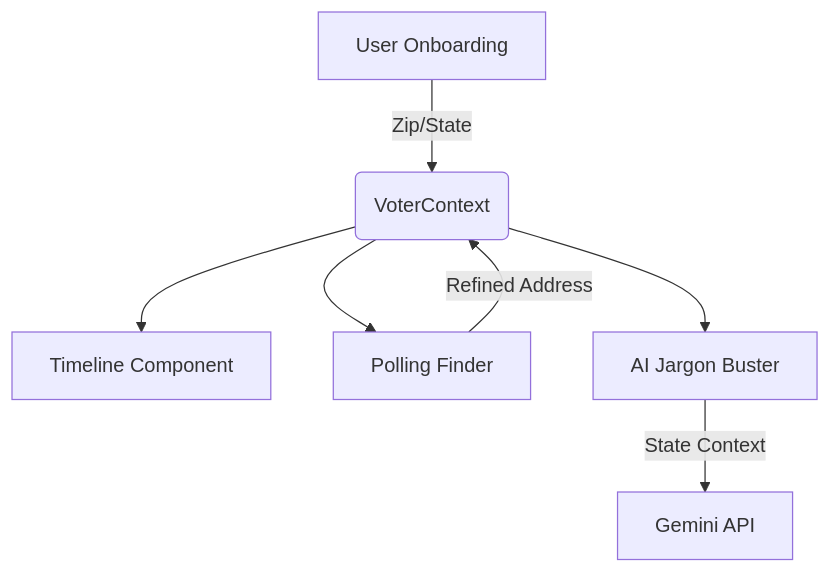
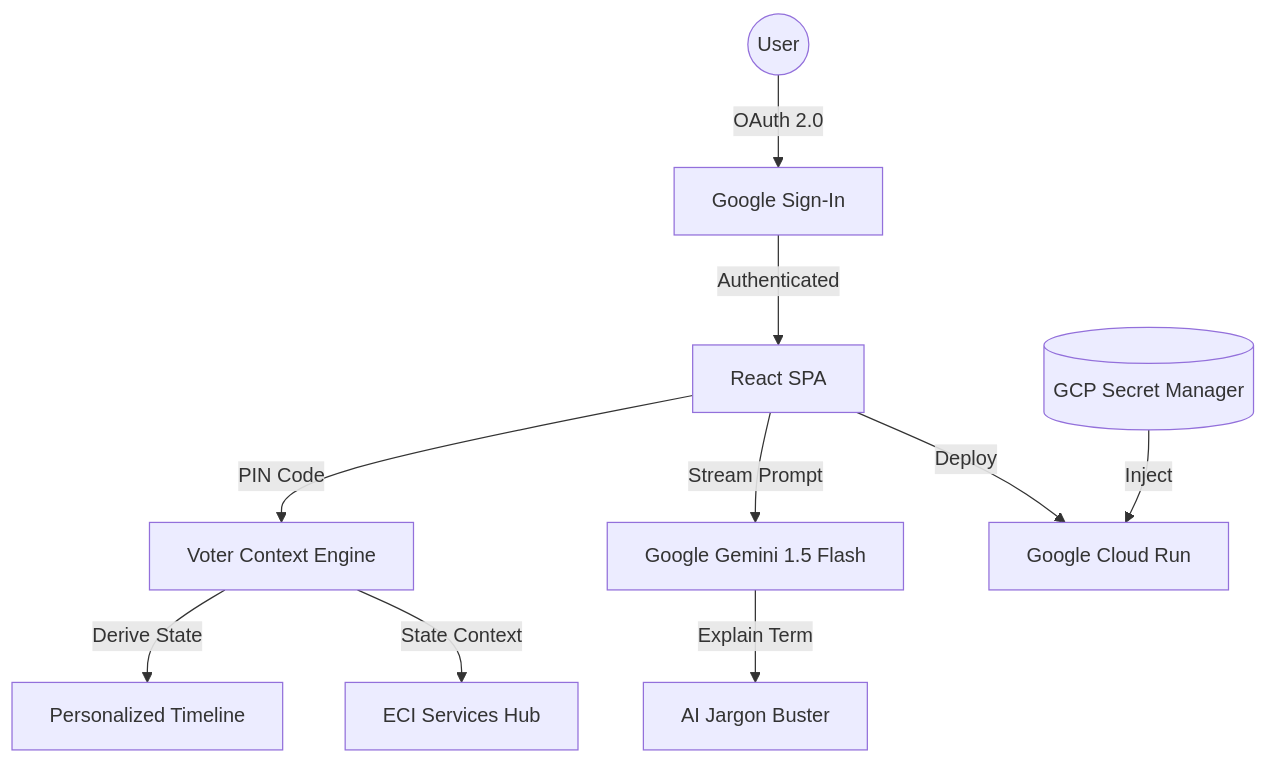
One commit to mramansayyad/Election-Process-Education changed the diagram in README.md. Above: the diagram before and after it, drawn with Mermaid. The commit also changed other lines of this file and 17 other files, not shown here.

````diff
--- a/README.md
+++ b/README.md
@@ -38,9 +26,12 @@
 ```mermaid
 graph TD
-    A[User Onboarding] -->|Zip/State| B(VoterContext)
-    B --> C[Timeline Component]
-    B --> D[Polling Finder]
-    B --> E[AI Jargon Buster]
-    D -->|Refined Address| B
-    E -->|State Context| F[Gemini API]
+    User((User)) -->|OAuth 2.0| GoogleAuth[Google Sign-In]
+    GoogleAuth -->|Authenticated| App[React SPA]
+    App -->|PIN Code| VoterContext[Voter Context Engine]
+    VoterContext -->|Derive State| Timeline[Personalized Timeline]
+    VoterContext -->|State Context| Hub[ECI Services Hub]
+    App -->|Stream Prompt| GeminiAI[Google Gemini 1.5 Flash]
+    GeminiAI -->|Explain Term| JargonBuster[AI Jargon Buster]
+    App -->|Deploy| CloudRun[Google Cloud Run]
+    SecretManager[(GCP Secret Manager)] -->|Inject| CloudRun
 ```
````
